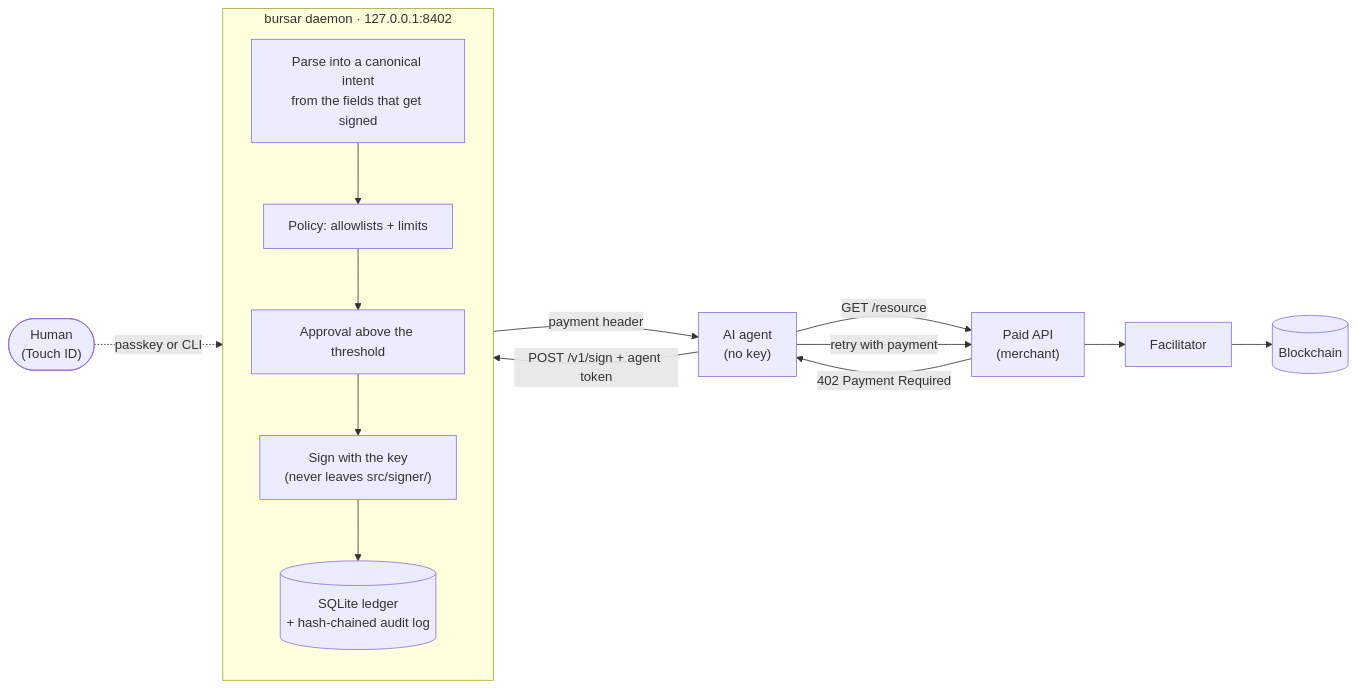
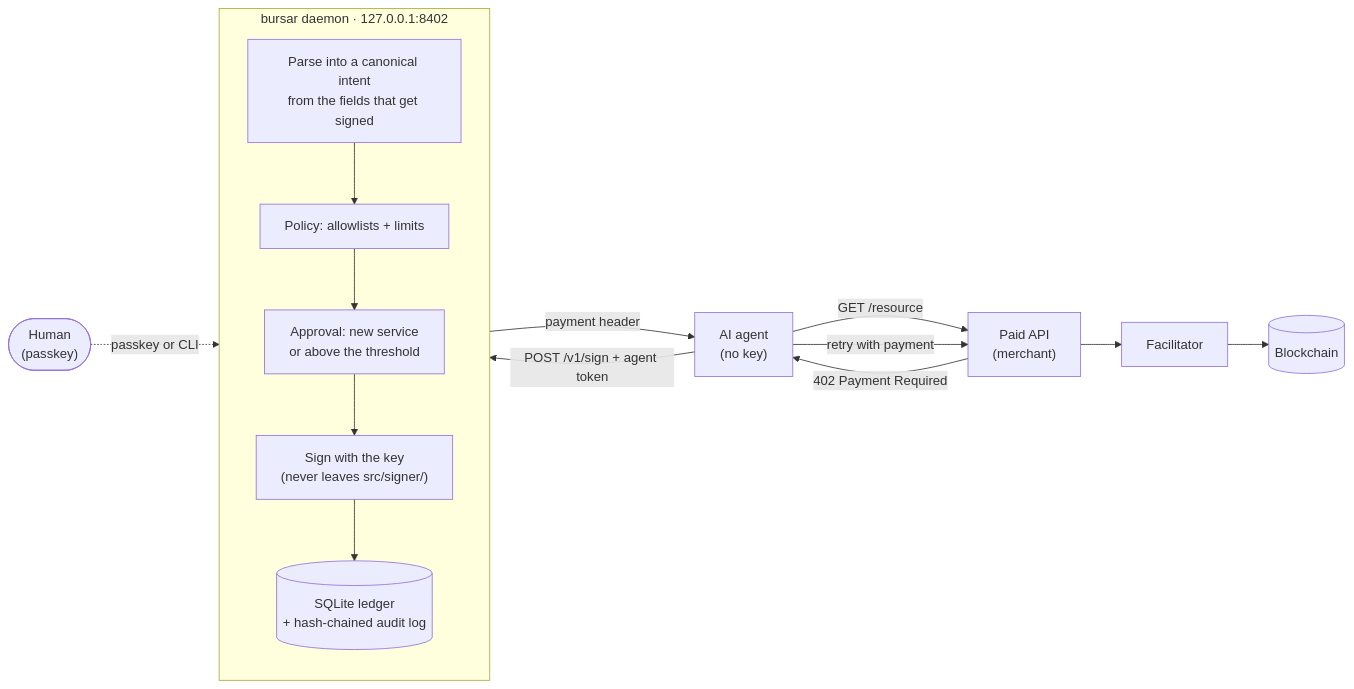
The first of 2 diagrams in README.md (dbarabashh/bursar), drawn with Mermaid before and after one commit. The commit also changed other lines of this file and 7 other files, not shown here.

First line of the commit message:
fix Windows CI, update diagrams for all platforms

````diff
--- a/README.md
+++ b/README.md
@@ -27,26 +27,26 @@
 ```mermaid
 flowchart LR
   agent["AI agent<br/>(no key)"]
   api["Paid API<br/>(merchant)"]
   fac["Facilitator"]
   chain[("Blockchain")]
-  human(["Human<br/>(Touch ID)"])
+  human(["Human<br/>(passkey)"])
 
   subgraph bursar["bursar daemon · 127.0.0.1:8402"]
     direction TB
     parse["Parse into a canonical intent<br/>from the fields that get signed"]
     policy["Policy: allowlists + limits"]
-    approve["Approval above the threshold"]
+    approve["Approval: new service<br/>or above the threshold"]
     sign["Sign with the key<br/>(never leaves src/signer/)"]
     ledger[("SQLite ledger<br/>+ hash-chained audit log")]
     parse --> policy --> approve --> sign --> ledger
   end
 
   agent -- "GET /resource" --> api
   api -- "402 Payment Required" --> agent
   agent -- "POST /v1/sign + agent token" --> parse
   human -. "passkey or CLI" .-> approve
   sign -- "payment header" --> agent
   agent -- "retry with payment" --> api
   api --> fac --> chain
 ```
````
